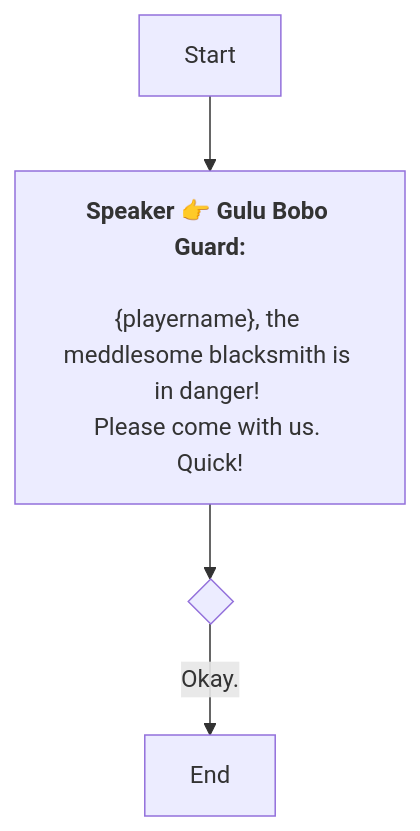
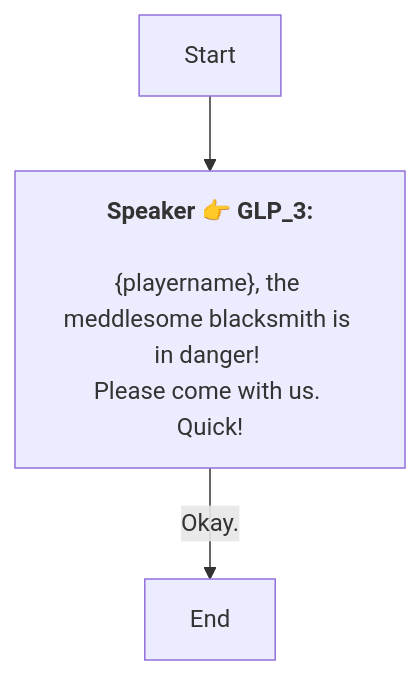
One commit to SoftHu/tos_avg changed the diagram in En/QuestStartTalkENode_1772507995293104.md. Above: the diagram before and after it, drawn with Mermaid. The commit also changed 737 other files, not shown here.

````diff
--- a/En/QuestStartTalkENode_1772507995293104.md
+++ b/En/QuestStartTalkENode_1772507995293104.md
@@ -1,12 +1,10 @@
 ```mermaid
 graph
-Start -->1772508035257784[<b>Speaker 👉 Gulu Bobo Guard:</b>
-
-&lbrace;playername&rbrace;, the meddlesome blacksmith is in danger! 
+Start -->1772508035257784[<b>Speaker 👉 GLP_3:</b>
+\n&lbrace;playername&rbrace;, the meddlesome blacksmith is in danger! 
 Please come with us. 
 Quick!
 ]
-1772508035257784 -->1772508026892723{ }
-1772508026892723 -->|Okay. |1772508110983609[End]
+1772508035257784 -->|Okay. |1772508110983609[End]
 
- ```
+```
````
